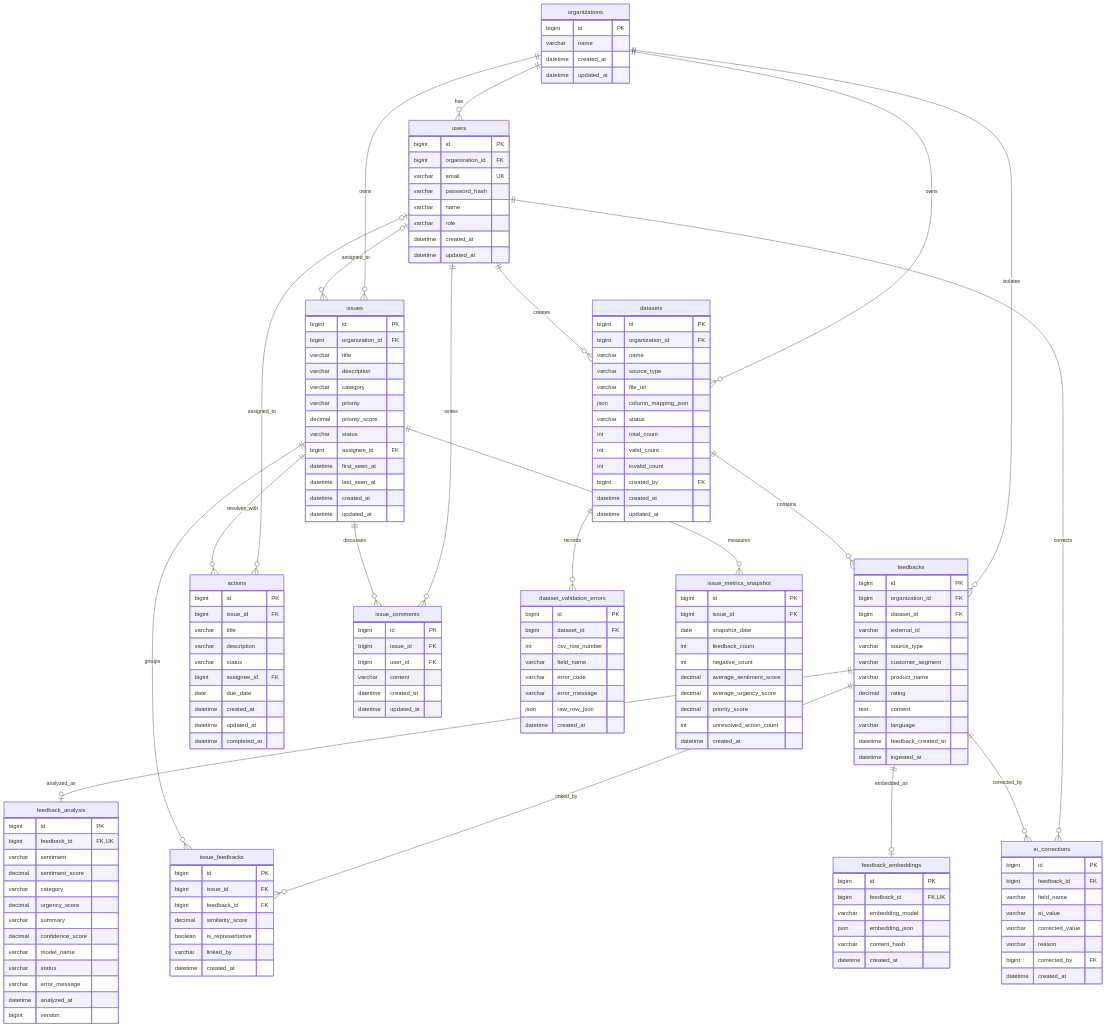
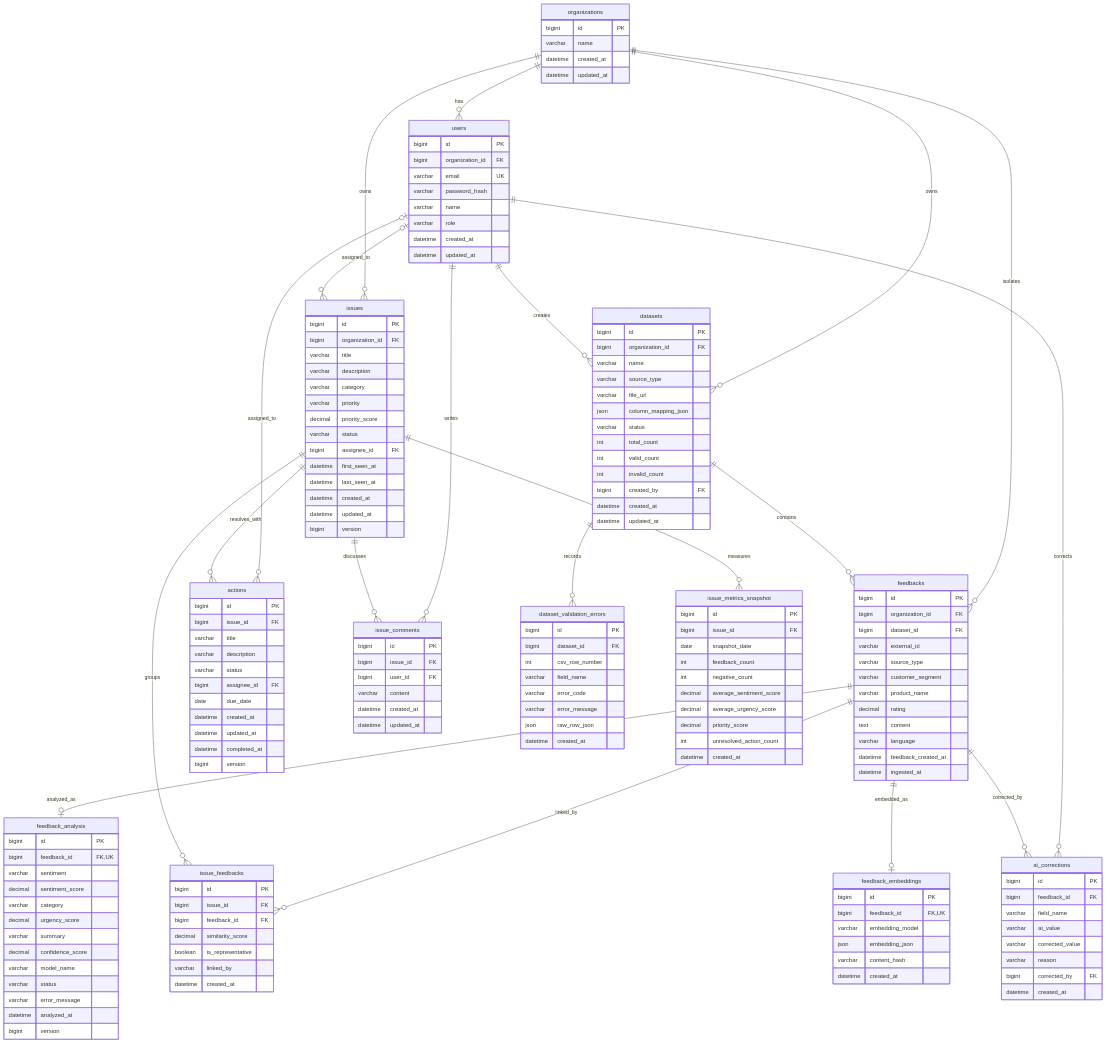
Before and after one commit to JJUNOKIM/voc-actionops: the diagram in docs/erd.md, drawn with Mermaid. The commit also changed other lines of this file and 26 other files, not shown here.

```diff
--- a/docs/erd.md
+++ b/docs/erd.md
@@ -132,6 +132,7 @@
         datetime last_seen_at
         datetime created_at
         datetime updated_at
+        bigint version
     }
 
     issue_feedbacks {
@@ -155,6 +156,7 @@
         datetime created_at
         datetime updated_at
         datetime completed_at
+        bigint version
     }
 
     issue_comments {
```
